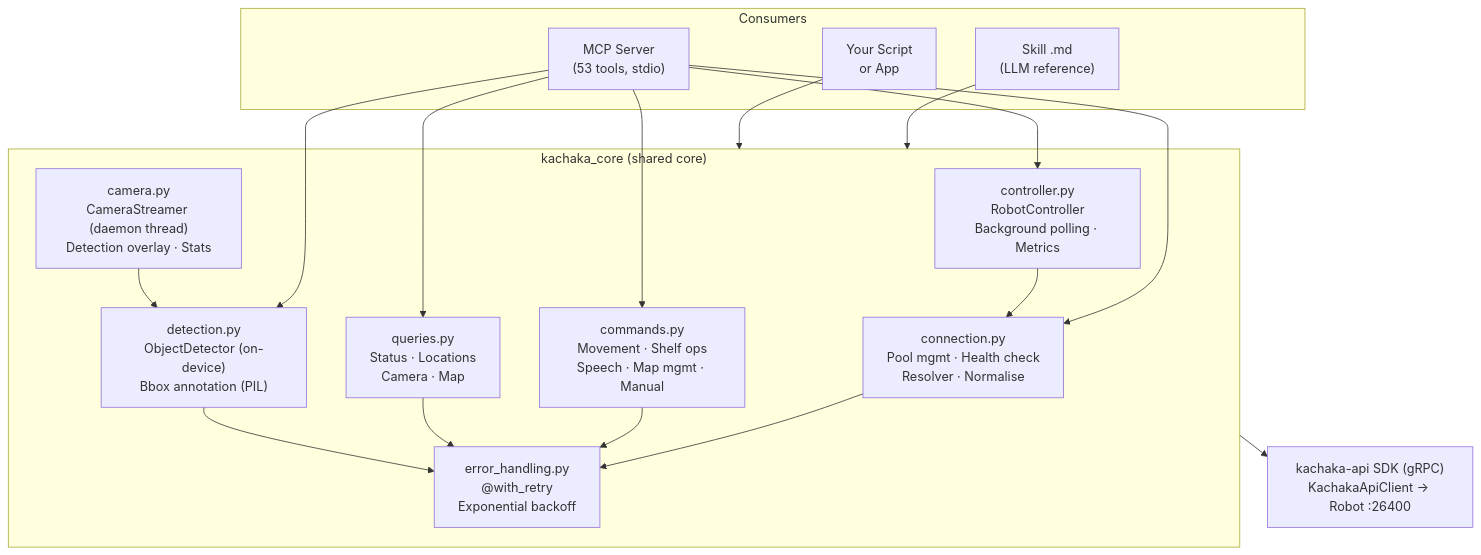
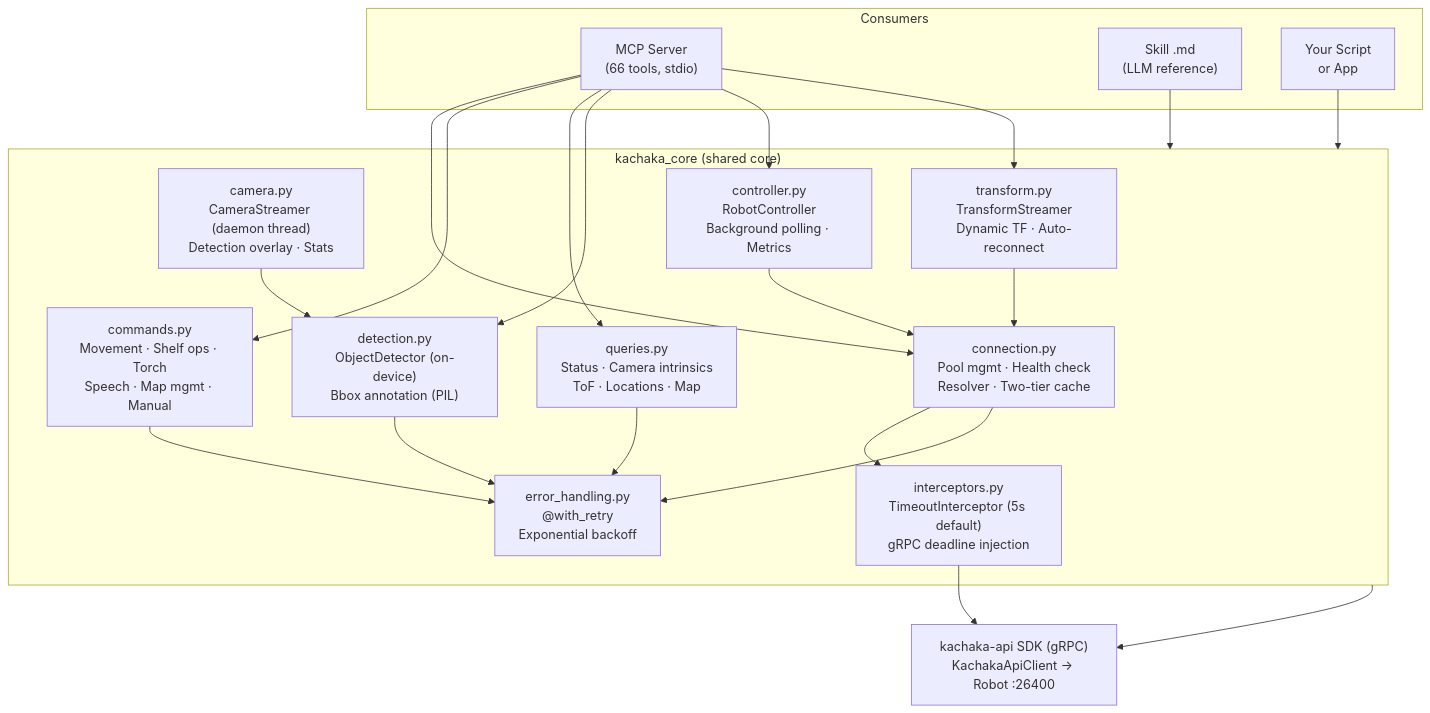
Before and after one commit to sigmarobotics/kachaka-sdk-toolkit: the first of 9 diagrams in ARCHITECTURE.md, drawn with Mermaid. The commit also changed other lines of this file and 3 other files, not shown here.

````diff
--- a/ARCHITECTURE.md
+++ b/ARCHITECTURE.md
@@ -11,35 +11,41 @@
 ```mermaid
 graph TD
     subgraph Consumers
-        MCP["MCP Server<br/>(53 tools, stdio)"]
+        MCP["MCP Server<br/>(66 tools, stdio)"]
         SKILL["Skill .md<br/>(LLM reference)"]
         APP["Your Script<br/>or App"]
     end
 
     subgraph kachaka_core["kachaka_core (shared core)"]
-        CONN["connection.py<br/>Pool mgmt · Health check<br/>Resolver · Normalise"]
-        CMD["commands.py<br/>Movement · Shelf ops<br/>Speech · Map mgmt · Manual"]
-        QRY["queries.py<br/>Status · Locations<br/>Camera · Map"]
+        CONN["connection.py<br/>Pool mgmt · Health check<br/>Resolver · Two-tier cache"]
+        INT["interceptors.py<br/>TimeoutInterceptor (5s default)<br/>gRPC deadline injection"]
+        CMD["commands.py<br/>Movement · Shelf ops · Torch<br/>Speech · Map mgmt · Manual"]
+        QRY["queries.py<br/>Status · Camera intrinsics<br/>ToF · Locations · Map"]
         ERR["error_handling.py<br/>@with_retry<br/>Exponential backoff"]
         CAM["camera.py<br/>CameraStreamer (daemon thread)<br/>Detection overlay · Stats"]
         DET["detection.py<br/>ObjectDetector (on-device)<br/>Bbox annotation (PIL)"]
         CTRL["controller.py<br/>RobotController<br/>Background polling · Metrics"]
+        TF["transform.py<br/>TransformStreamer<br/>Dynamic TF · Auto-reconnect"]
     end
 
     SDK["kachaka-api SDK (gRPC)<br/>KachakaApiClient → Robot :26400"]
 
     MCP --> CONN
     MCP --> CMD
     MCP --> QRY
     MCP --> DET
     MCP --> CTRL
+    MCP --> TF
     SKILL --> kachaka_core
     APP --> kachaka_core
+    CONN --> INT
     CONN --> ERR
     CMD --> ERR
     QRY --> ERR
     DET --> ERR
     CTRL --> CONN
     CAM --> DET
+    TF --> CONN
+    INT --> SDK
     kachaka_core --> SDK
 ```
````
